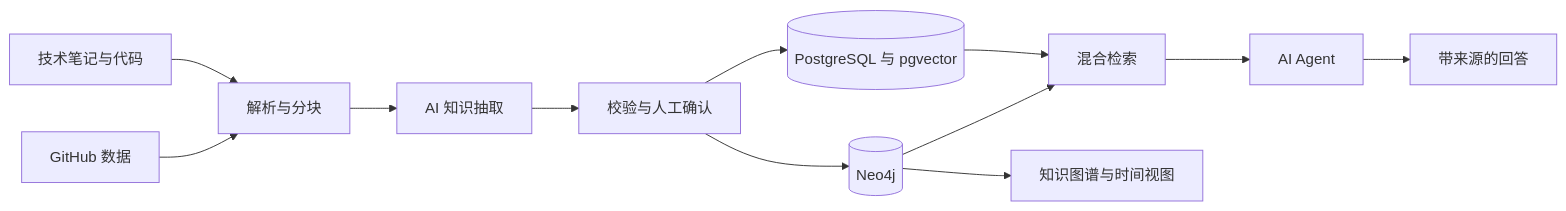
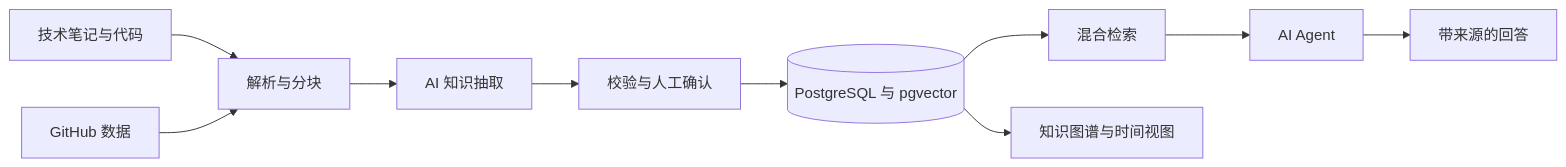
One commit to YAX-J/knowledge-atlas changed the diagram in README.md. Above: the diagram before and after it, drawn with Mermaid. The commit also changed other lines of this file and 27 other files, not shown here.

Commit message:
Remove Neo4j requirement and defer graph database integration

````diff
--- a/README.md
+++ b/README.md
@@ -119,14 +119,12 @@
 ```mermaid
 flowchart LR
     A[技术笔记与代码] --> B[解析与分块]
     G[GitHub 数据] --> B
     B --> C[AI 知识抽取]
     C --> D[校验与人工确认]
     D --> E[(PostgreSQL 与 pgvector)]
-    D --> F[(Neo4j)]
     E --> H[混合检索]
-    F --> H
     H --> I[AI Agent]
     I --> J[带来源的回答]
-    F --> K[知识图谱与时间视图]
+    E --> K[知识图谱与时间视图]
 ```
````
